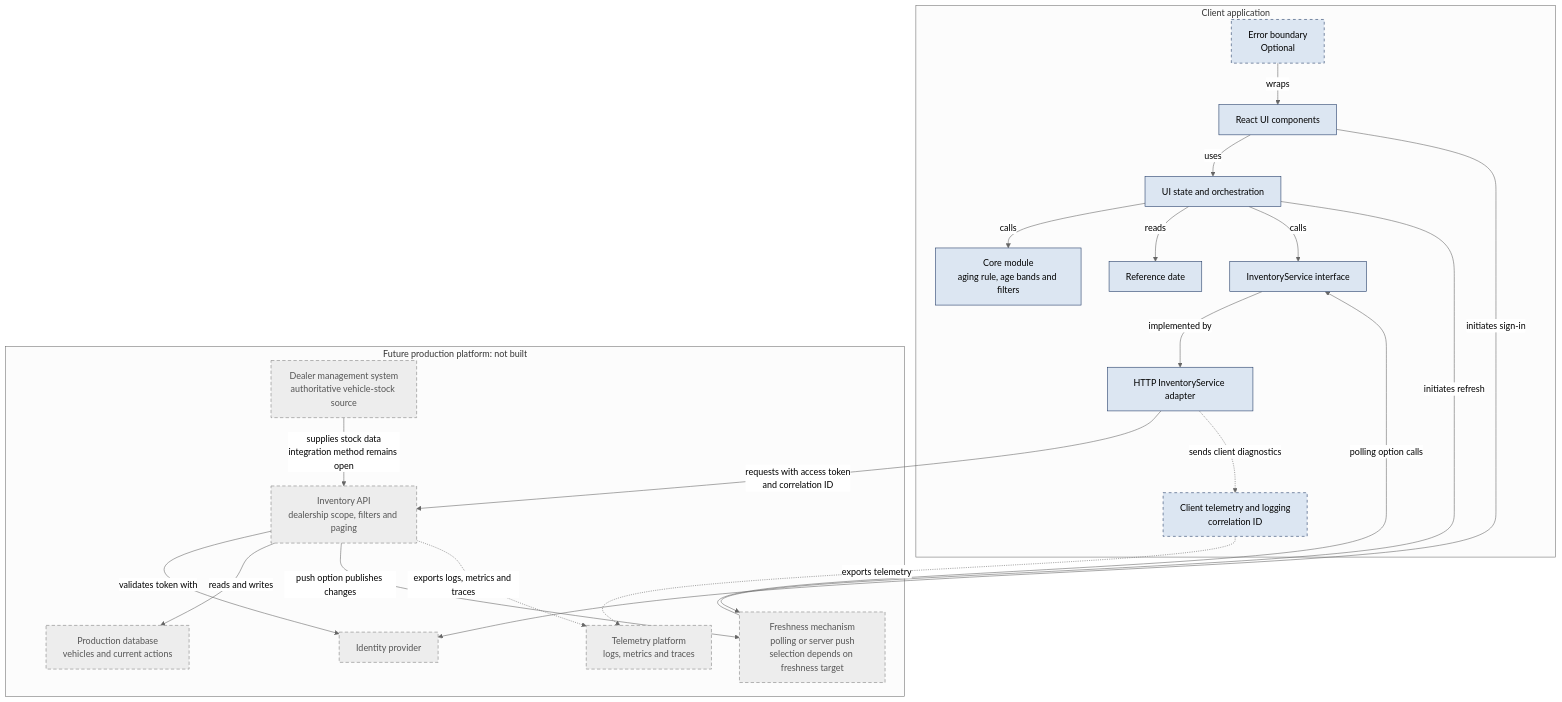
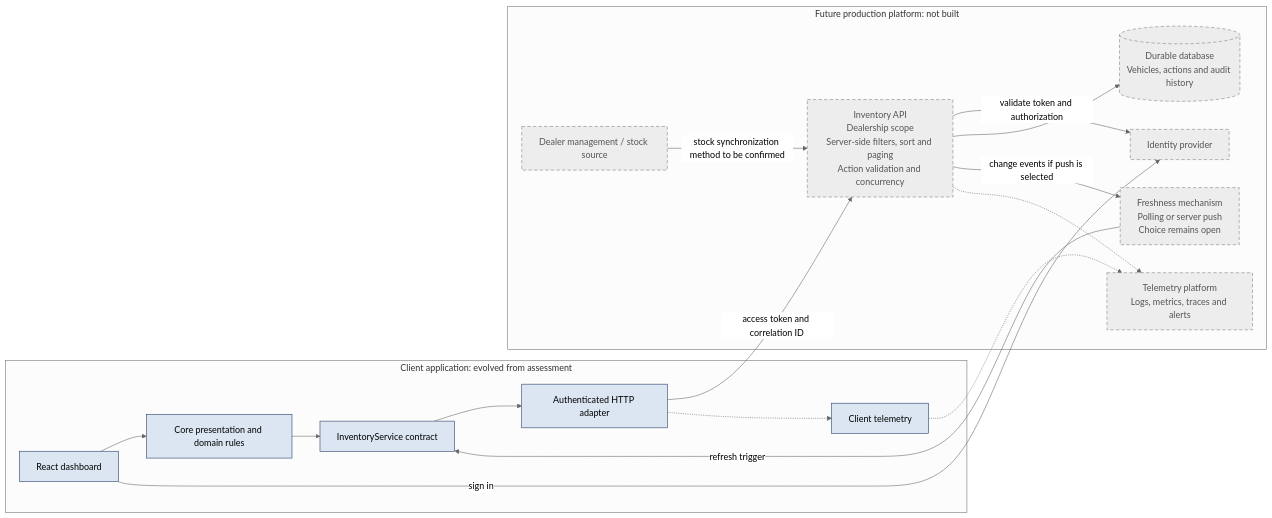
One commit to dunghuynh1990/intelligent-inventory-dashboard changed the third of 3 diagrams in docs/architecture/architecture.md. Above: the diagram before and after it, drawn with Mermaid (neutral theme). The commit also changed other lines of this file, not shown here.

Commit message:
update architecture

````diff
--- a/docs/architecture/architecture.md
+++ b/docs/architecture/architecture.md
@@ -83,51 +335,38 @@
 ```mermaid
-flowchart TB
-  subgraph CLIENT["Client application"]
-    EB["Error boundary<br/>Optional"]
-    UI["React UI components"]
-    STATE["UI state and orchestration"]
-    CORE["Core module<br/>aging rule, age bands and filters"]
-    REF["Reference date"]
-    IS["InventoryService interface"]
-    LOG["Client telemetry and logging<br/>correlation ID"]
-    HTTP["HTTP InventoryService adapter"]
-  end
+flowchart LR
+    subgraph CLIENT["Client application: evolved from assessment"]
+        UI["React dashboard"]
+        CORE["Core presentation and domain rules"]
+        IS["InventoryService contract"]
+        HTTP["Authenticated HTTP adapter"]
+        CLOG["Client telemetry"]
+    end
 
-  subgraph PLATFORM["Future production platform: not built"]
-    IDP["Identity provider"]
-    API["Inventory API<br/>dealership scope, filters and paging"]
-    DB["Production database<br/>vehicles and current actions"]
-    DMS["Dealer management system<br/>authoritative vehicle-stock source"]
-    FRESH["Freshness mechanism<br/>polling or server push<br/>selection depends on freshness target"]
-    TEL["Telemetry platform<br/>logs, metrics and traces"]
-  end
+    subgraph PLATFORM["Future production platform: not built"]
+        IDP["Identity provider"]
+        API["Inventory API<br/>Dealership scope<br/>Server-side filters, sort and paging<br/>Action validation and concurrency"]
+        DB[("Durable database<br/>Vehicles, actions and audit history")]
+        DMS["Dealer management / stock source"]
+        FRESH["Freshness mechanism<br/>Polling or server push<br/>Choice remains open"]
+        TEL["Telemetry platform<br/>Logs, metrics, traces and alerts"]
+    end
 
-  EB -->|wraps| UI
-  UI -->|uses| STATE
-  STATE -->|calls| CORE
-  STATE -->|reads| REF
-  STATE -->|calls| IS
-  IS -->|implemented by| HTTP
+    UI --> CORE
+    UI -->|sign in| IDP
+    CORE --> IS
+    IS --> HTTP
+    HTTP -->|access token and correlation ID| API
+    API -->|validate token and authorization| IDP
+    API --> DB
+    DMS -->|stock synchronization method to be confirmed| API
+    API -->|change events if push is selected| FRESH
+    FRESH -->|refresh trigger| IS
+    HTTP -.-> CLOG
+    CLOG -.-> TEL
+    API -.-> TEL
 
-  UI -->|initiates sign-in| IDP
-  HTTP -->|requests with access token<br/>and correlation ID| API
-  API -->|validates token with| IDP
-  API -->|reads and writes| DB
-  DMS -->|supplies stock data<br/>integration method remains open| API
-
-  STATE -->|initiates refresh| FRESH
-  FRESH -->|polling option calls| IS
-  API -->|push option publishes changes| FRESH
-
-  HTTP -.->|sends client diagnostics| LOG
-  LOG -.->|exports telemetry| TEL
-  API -.->|exports logs, metrics and traces| TEL
-
-  classDef client fill:#DCE6F2,stroke:#1F3864,color:#000
-  classDef optional fill:#DCE6F2,stroke:#1F3864,stroke-dasharray:5 5,color:#000
-  classDef future fill:#EDEDED,stroke:#7F7F7F,stroke-dasharray:6 4,color:#555
-
-  class UI,STATE,CORE,REF,IS,HTTP client
-  class EB,LOG optional
-  class IDP,API,DB,DMS,FRESH,TEL future
+    classDef client fill:#DCE6F2,stroke:#1F3864,color:#000
+    classDef future fill:#EDEDED,stroke:#7F7F7F,stroke-dasharray:6 4,color:#555
+    class UI,CORE,IS,HTTP,CLOG client
+    class IDP,API,DB,DMS,FRESH,TEL future
 ```
````
